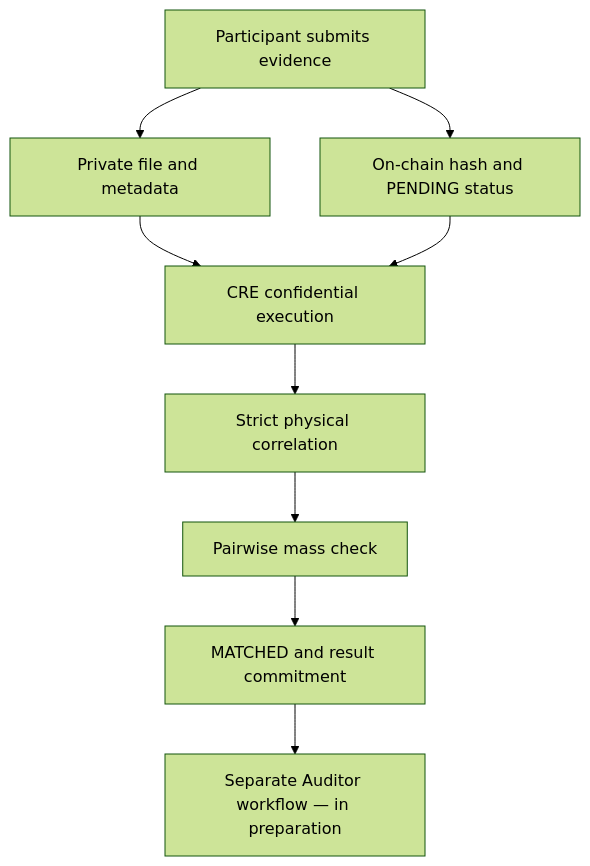
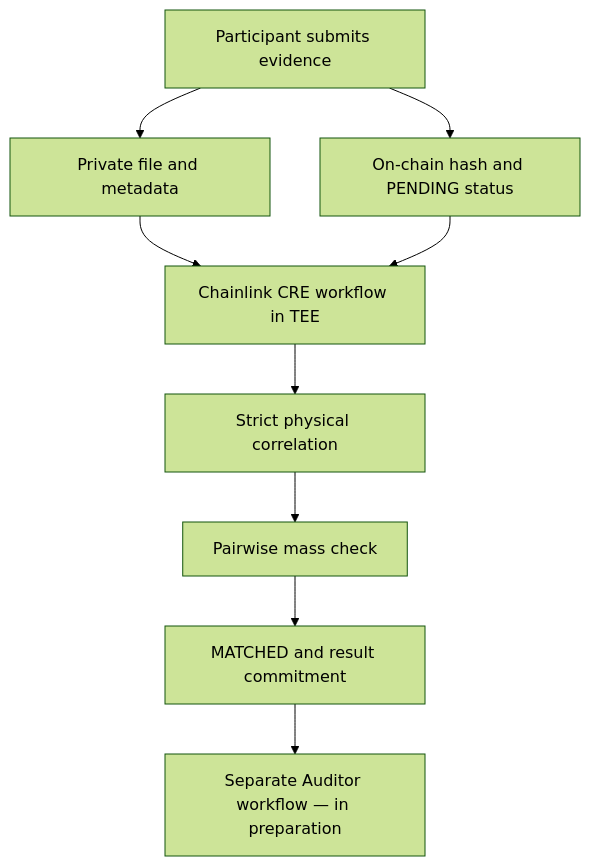
Before and after one commit to armanfm/ExplorerChem: the first of 2 diagrams in README.md, drawn with Mermaid (forest theme). The commit also changed other lines of this file, not shown here.

Commit message:
Update README for clarity on Chainlink CRE workflow

````diff
--- a/README.md
+++ b/README.md
@@ -18,11 +18,11 @@
 ```mermaid
 flowchart TD
     A["Participant submits evidence"] --> B["Private file and metadata"]
     A --> C["On-chain hash and PENDING status"]
-    B --> D["CRE confidential execution"]
+    B --> D["Chainlink CRE workflow in TEE"]
     C --> D
     D --> E["Strict physical correlation"]
     E --> F["Pairwise mass check"]
     F --> G["MATCHED and result commitment"]
     G --> H["Separate Auditor workflow — in preparation"]
 ```
````
